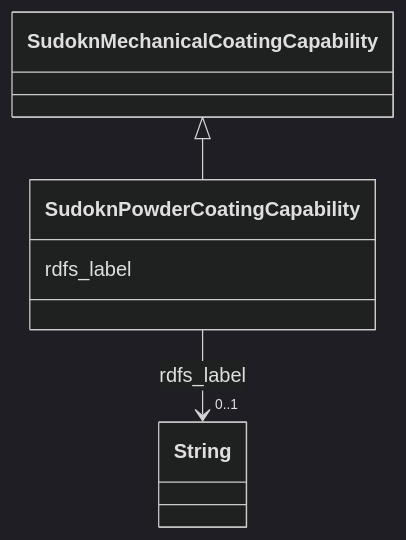
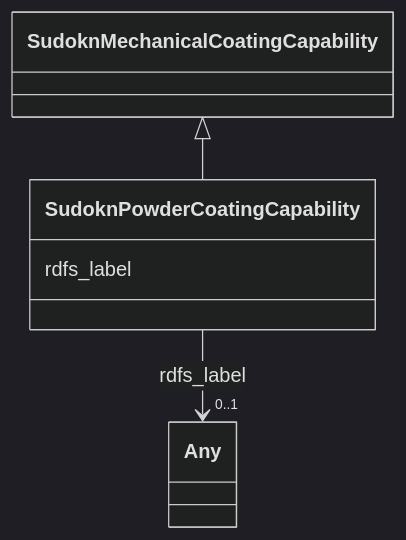
One commit to frink-okn/graph-descriptions changed the diagram in sudokn-kg/classes/SudoknPowderCoatingCapability.md. Above: the diagram before and after it, drawn with Mermaid (dark theme). The commit also changed other lines of this file and 903 other files, not shown here.

````diff
--- a/sudokn-kg/classes/SudoknPowderCoatingCapability.md
+++ b/sudokn-kg/classes/SudoknPowderCoatingCapability.md
@@ -23,18 +18,18 @@
 ```mermaid
  classDiagram
     class SudoknPowderCoatingCapability
     click SudoknPowderCoatingCapability href "../SudoknPowderCoatingCapability"
       SudoknMechanicalCoatingCapability <|-- SudoknPowderCoatingCapability
         click SudoknMechanicalCoatingCapability href "../SudoknMechanicalCoatingCapability"
       
       SudoknPowderCoatingCapability : rdfs_label
         
           
     
     
-    SudoknPowderCoatingCapability --> "0..1" String : rdfs_label
-    click String href "../String"
+    SudoknPowderCoatingCapability --> "0..1" Any : rdfs_label
+    click Any href "../Any"
 
         
       
 ```
````
